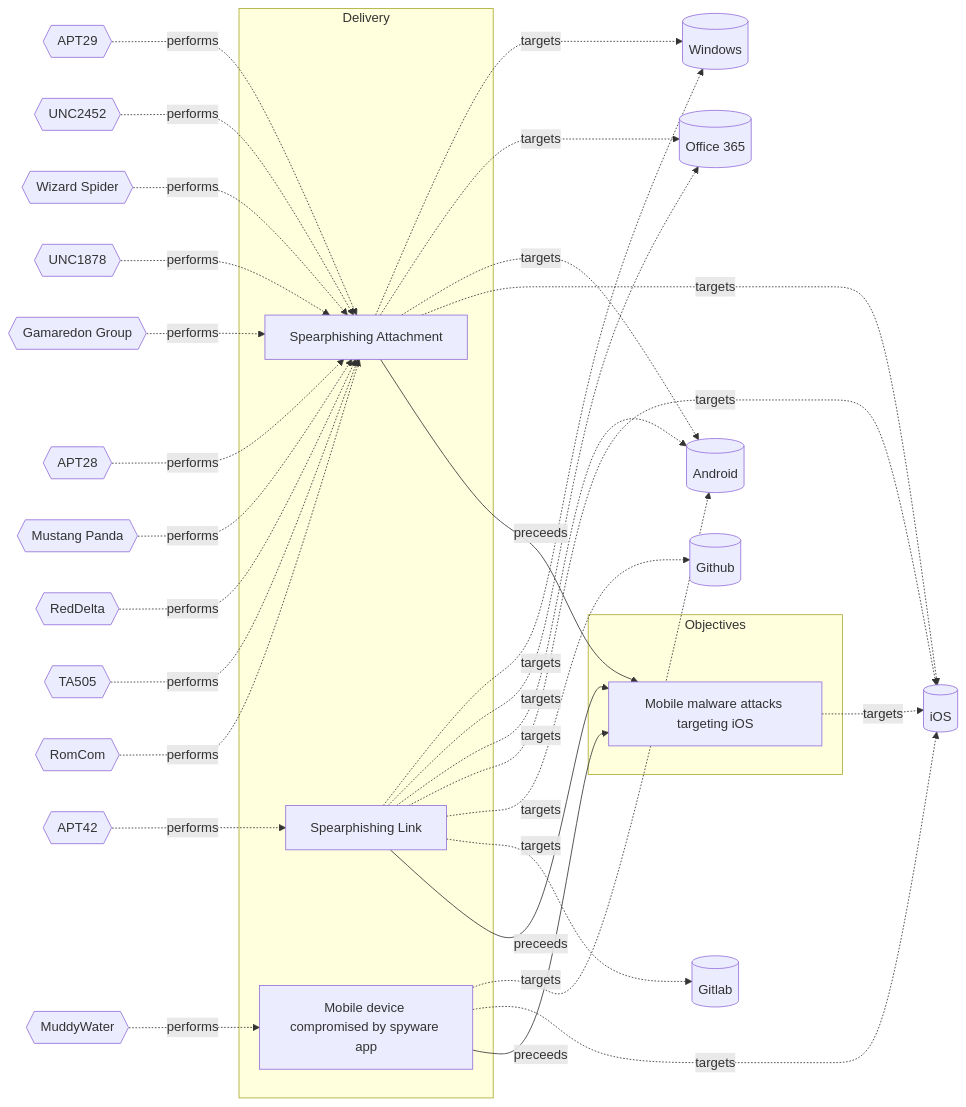
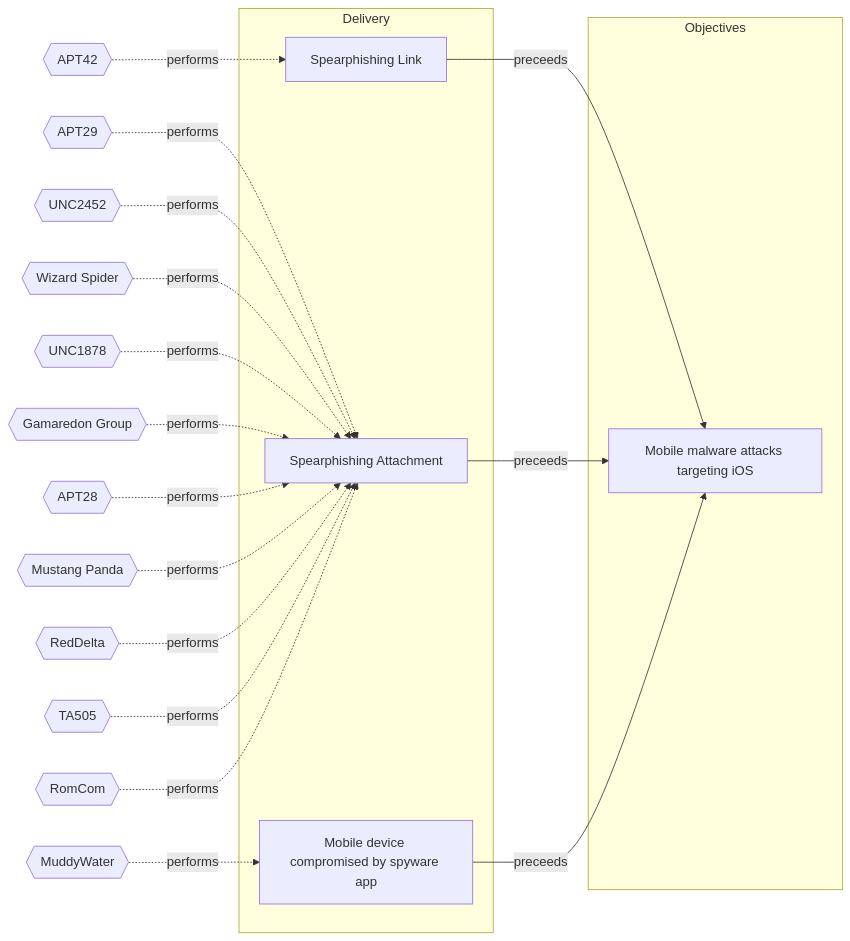
One commit to OpenTideHQ/WikiTide changed the diagram in Models/Threat Vectors/☣️ Mobile malware attacks targeting iOS.md. Above: the diagram before and after it, drawn with Mermaid. The commit also changed other lines of this file and 232 other files, not shown here.

````diff
--- a/Models/Threat Vectors/☣️ Mobile malware attacks targeting iOS.md
+++ b/Models/Threat Vectors/☣️ Mobile malware attacks targeting iOS.md
@@ -152,68 +152,49 @@
 ```mermaid
 
 flowchart LR
 
 ef4ba2bf-dfcb-4b70-8f45-7625baeb96d0[Mobile malware attacks targeting iOS]
 1a68b5eb-0112-424d-a21f-88dda0b6b8df[Spearphishing Link]
 dd5d942c-bac4-4000-b9a6-ca4fef6cfb84[Spearphishing Attachment]
 99c78650-8e19-4756-90fb-2573242577ca[Mobile device compromised by spyware app]
 
 subgraph Objectives
 ef4ba2bf-dfcb-4b70-8f45-7625baeb96d0
 end
 subgraph Delivery
 1a68b5eb-0112-424d-a21f-88dda0b6b8df
 dd5d942c-bac4-4000-b9a6-ca4fef6cfb84
 99c78650-8e19-4756-90fb-2573242577ca
 end
 
-iOS[(iOS)]
-Windows[(Windows)]
-Office365[(Office 365)]
-Android[(Android)]
-Github[(Github)]
-Gitlab[(Gitlab)]
 APT42{{APT42}}
 APT29{{APT29}}
 UNC2452{{UNC2452}}
 WizardSpider{{Wizard Spider}}
 UNC1878{{UNC1878}}
 GamaredonGroup{{Gamaredon Group}}
 APT28{{APT28}}
 MustangPanda{{Mustang Panda}}
 RedDelta{{RedDelta}}
 TA505{{TA505}}
 RomCom{{RomCom}}
 MuddyWater{{MuddyWater}}
 
-ef4ba2bf-dfcb-4b70-8f45-7625baeb96d0 -.->|targets| iOS
-1a68b5eb-0112-424d-a21f-88dda0b6b8df -.->|targets| Windows
-1a68b5eb-0112-424d-a21f-88dda0b6b8df -.->|targets| Office365
-1a68b5eb-0112-424d-a21f-88dda0b6b8df -.->|targets| Android
-1a68b5eb-0112-424d-a21f-88dda0b6b8df -.->|targets| iOS
-1a68b5eb-0112-424d-a21f-88dda0b6b8df -.->|targets| Github
-1a68b5eb-0112-424d-a21f-88dda0b6b8df -.->|targets| Gitlab
-dd5d942c-bac4-4000-b9a6-ca4fef6cfb84 -.->|targets| Windows
-dd5d942c-bac4-4000-b9a6-ca4fef6cfb84 -.->|targets| Office365
-dd5d942c-bac4-4000-b9a6-ca4fef6cfb84 -.->|targets| Android
-dd5d942c-bac4-4000-b9a6-ca4fef6cfb84 -.->|targets| iOS
-99c78650-8e19-4756-90fb-2573242577ca -.->|targets| Android
-99c78650-8e19-4756-90fb-2573242577ca -.->|targets| iOS
 APT42 -.-> |performs| 1a68b5eb-0112-424d-a21f-88dda0b6b8df
 APT29 -.-> |performs| dd5d942c-bac4-4000-b9a6-ca4fef6cfb84
 UNC2452 -.-> |performs| dd5d942c-bac4-4000-b9a6-ca4fef6cfb84
 WizardSpider -.-> |performs| dd5d942c-bac4-4000-b9a6-ca4fef6cfb84
 UNC1878 -.-> |performs| dd5d942c-bac4-4000-b9a6-ca4fef6cfb84
 GamaredonGroup -.-> |performs| dd5d942c-bac4-4000-b9a6-ca4fef6cfb84
 APT28 -.-> |performs| dd5d942c-bac4-4000-b9a6-ca4fef6cfb84
 MustangPanda -.-> |performs| dd5d942c-bac4-4000-b9a6-ca4fef6cfb84
 RedDelta -.-> |performs| dd5d942c-bac4-4000-b9a6-ca4fef6cfb84
 TA505 -.-> |performs| dd5d942c-bac4-4000-b9a6-ca4fef6cfb84
 RomCom -.-> |performs| dd5d942c-bac4-4000-b9a6-ca4fef6cfb84
 MuddyWater -.-> |performs| 99c78650-8e19-4756-90fb-2573242577ca
 
 1a68b5eb-0112-424d-a21f-88dda0b6b8df -->|preceeds| ef4ba2bf-dfcb-4b70-8f45-7625baeb96d0
 dd5d942c-bac4-4000-b9a6-ca4fef6cfb84 -->|preceeds| ef4ba2bf-dfcb-4b70-8f45-7625baeb96d0
 99c78650-8e19-4756-90fb-2573242577ca -->|preceeds| ef4ba2bf-dfcb-4b70-8f45-7625baeb96d0
 
 ```
````
